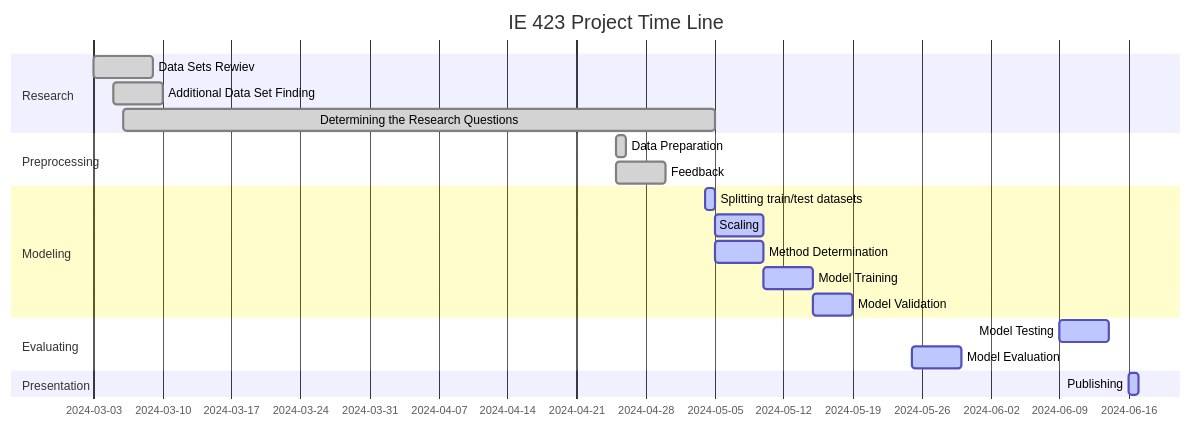
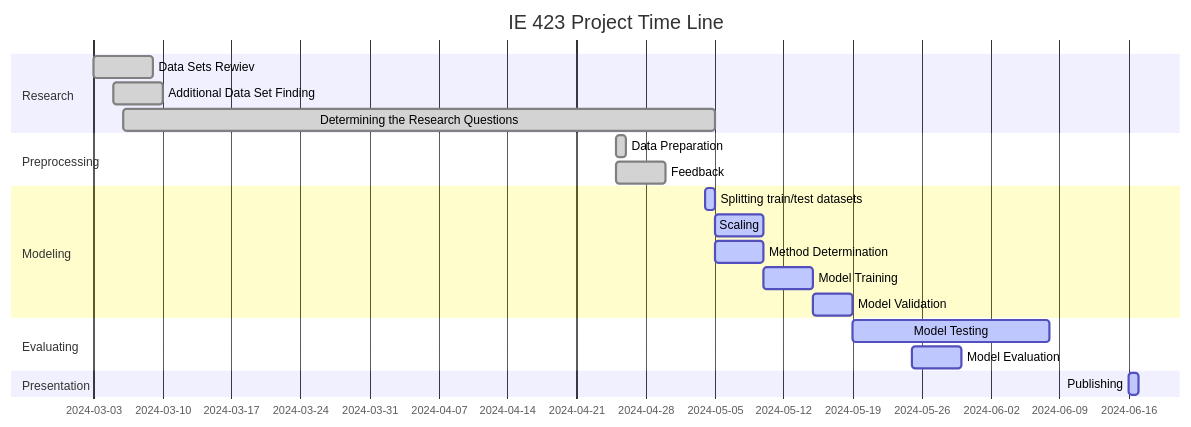
The diagram in Gantt.md (BILGI-IE-423/ie423-2024-termproject-neuralnetworkninjas), drawn with Mermaid before and after one commit.

````diff
--- a/Gantt.md
+++ b/Gantt.md
@@ -1,29 +1,29 @@
 ```mermaid
 gantt  
        dateFormat  YYYY-MM-DD
        title IE 423 Project Time Line
 
        section Research
        Data Sets Rewiev                                   :done, des1, 2024-03-03,6d
        Additional Data Set Finding                        :done, des2, 2024-03-05,5d
        Determining the Research Questions                 :done, des3, 2024-03-06,2024-05-05
 
        section Preprocessing
        Data Preparation                                   :done, des4, 2024-04-25, 1d                             
        Feedback                                           :done, des5, 2024-04-25, 5d
 
        section Modeling
        Splitting train/test datasets                      :active, des8, 2024-05-04, 1d
        Scaling                                            :active, des9, 2024-05-05, 5d
        Method Determination                               :active, des10, 2024-05-05, 5d
        Model Training                                     :active, des11, 2024-05-10, 5d
        Model Validation                                   :active, des12, 2024-05-15, 4d
 
        section Evaluating
-       Model Testing                                      :active, des13, 2024-06-09,5d
+       Model Testing                                      :active, des13, 2024-05-19,20d
        Model Evaluation                                   :active, des14, 2024-05-25, 5d
 
        section Presentation
        Publishing                                         :active, des17, 2024-06-16, 1d
     
 ```
````
